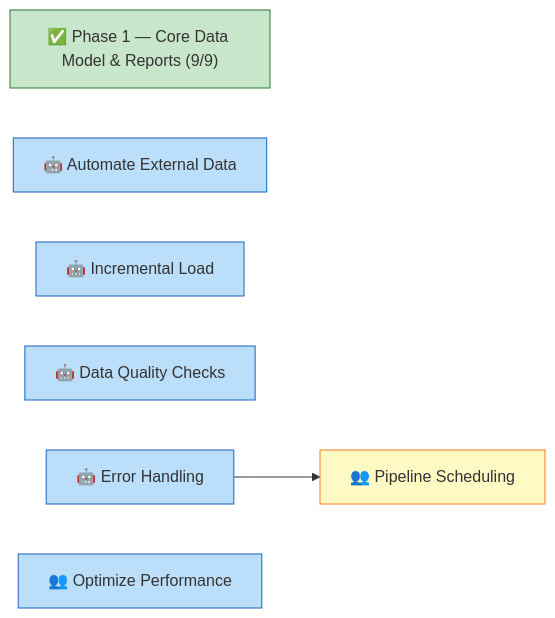
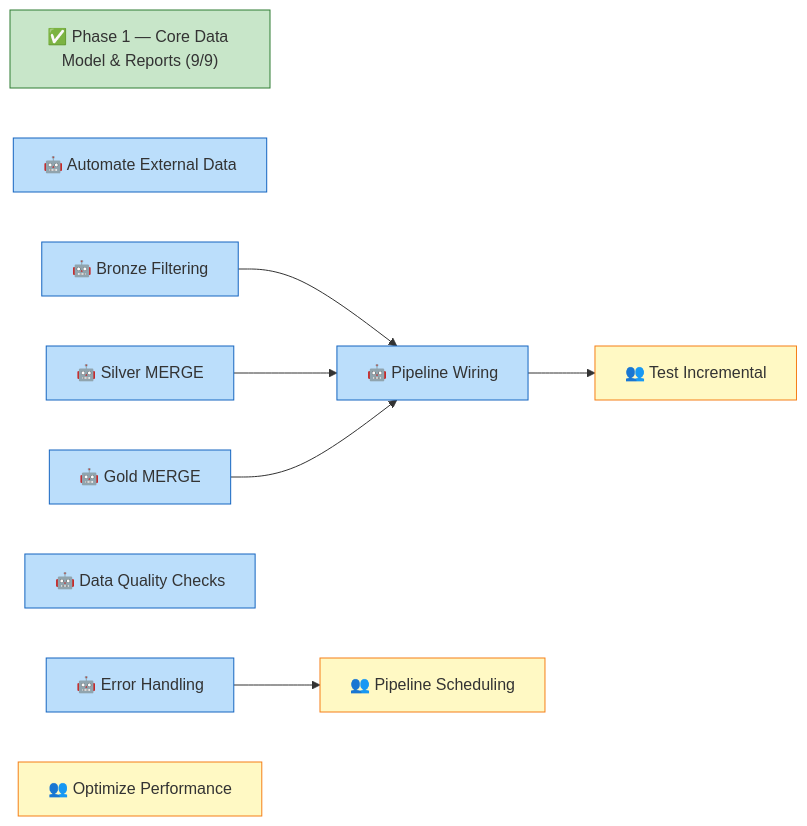
The diagram in .claude/dashboard.md (erikemilsson/OEMMatInsightBI), drawn with Mermaid before and after one commit. The commit also changed other lines of this file and 11 other files, not shown here.

````diff
--- a/.claude/dashboard.md
+++ b/.claude/dashboard.md
@@ -77,21 +79,29 @@
 ```mermaid
 graph LR
     P1["✅ Phase 1 — Core Data Model & Reports (9/9)"]
     T005["🤖 Automate External Data"]
-    T006["🤖 Incremental Load"]
+    T006_1a["🤖 Bronze Filtering"]
+    T006_1b["🤖 Silver MERGE"]
+    T006_1c["🤖 Gold MERGE"]
+    T006_2["🤖 Pipeline Wiring"]
+    T006_3["👥 Test Incremental"]
     T007["🤖 Data Quality Checks"]
     T011["🤖 Error Handling"]
     T010["👥 Pipeline Scheduling"]
     T012["👥 Optimize Performance"]
 
+    T006_1a --> T006_2
+    T006_1b --> T006_2
+    T006_1c --> T006_2
+    T006_2 --> T006_3
     T011 --> T010
 
     classDef done fill:#c8e6c9,stroke:#2e7d32
     classDef active fill:#bbdefb,stroke:#1565c0
     classDef human fill:#fff9c4,stroke:#f57f17
     classDef blocked fill:#f5f5f5,stroke:#9e9e9e
 
     class P1 done
-    class T005,T006,T007,T011,T012 active
-    class T010 human
+    class T005,T006_1a,T006_1b,T006_1c,T006_2,T007,T011 active
+    class T010,T012,T006_3 human
 ```
````
